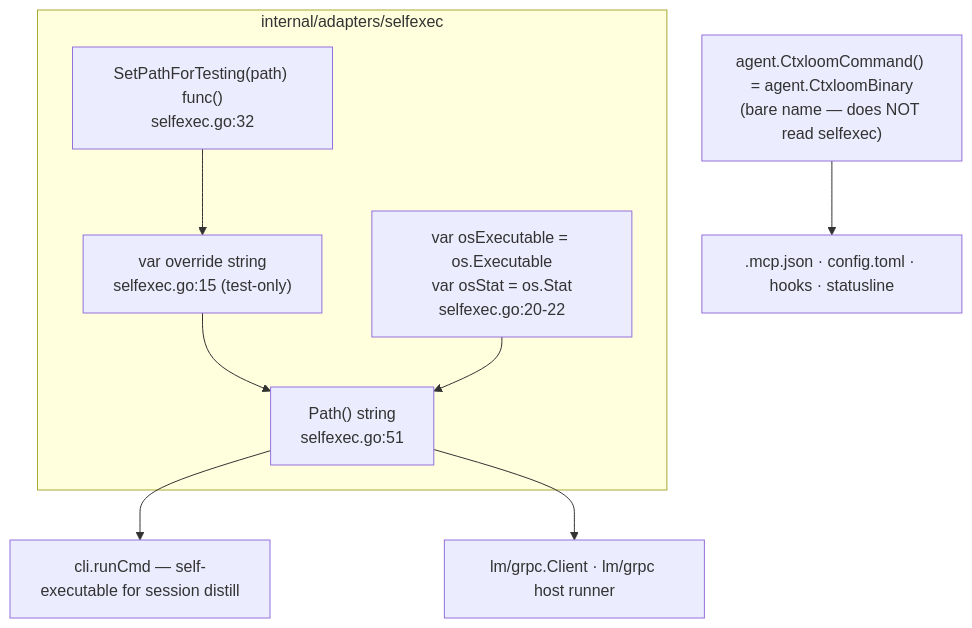
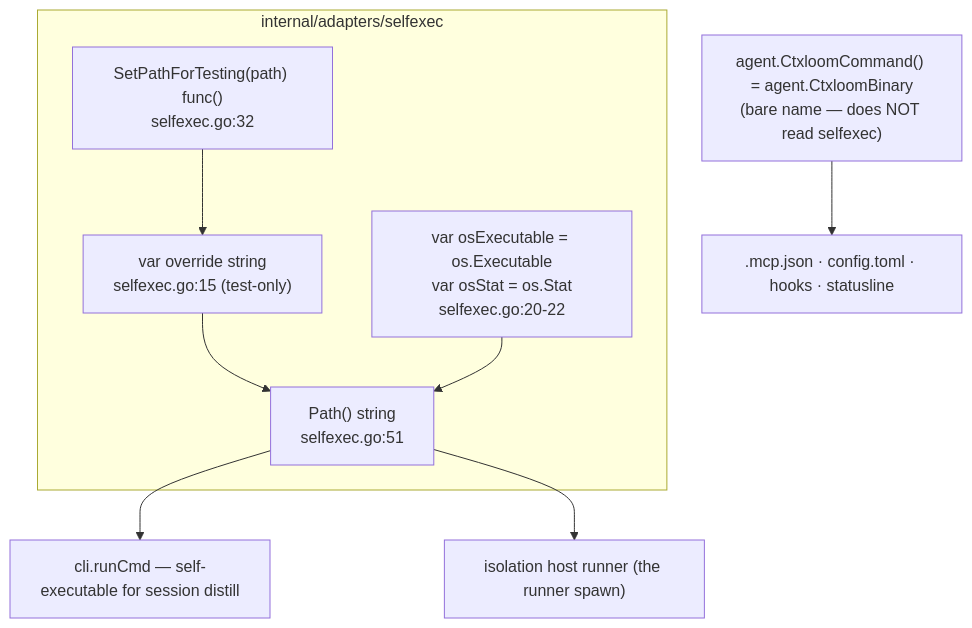
One commit to ctxloom/ctxloom changed the diagram in docs/architecture/companions/selfexec.md. Above: the diagram before and after it, drawn with Mermaid. The commit also changed other lines of this file and 8 other files, not shown here.

First line of the commit message:
docs(architecture): item 5 landed — the companion's session-endpoint declaration; the stdio, socket and forward tiers gone

````diff
--- a/docs/architecture/companions/selfexec.md
+++ b/docs/architecture/companions/selfexec.md
@@ -23,17 +24,17 @@
 ```mermaid
 flowchart TD
   subgraph unit["internal/adapters/selfexec"]
     OVR["var override string<br/>selfexec.go:15 (test-only)"]
     SEAM["var osExecutable = os.Executable<br/>var osStat = os.Stat<br/>selfexec.go:20-22"]
     PATH["Path() string<br/>selfexec.go:51"]
     SET["SetPathForTesting(path) func()<br/>selfexec.go:32"]
     SET --> OVR --> PATH
     SEAM --> PATH
   end
 
   PATH --> RUN["cli.runCmd — self-executable for session distill"]
-  PATH --> GRPC["lm/grpc.Client · lm/grpc host runner"]
+  PATH --> ISO["isolation host runner (the runner spawn)"]
 
   CC["agent.CtxloomCommand() = agent.CtxloomBinary<br/>(bare name — does NOT read selfexec)"]
   CC --> SURF[".mcp.json · config.toml · hooks · statusline"]
 ```
````
